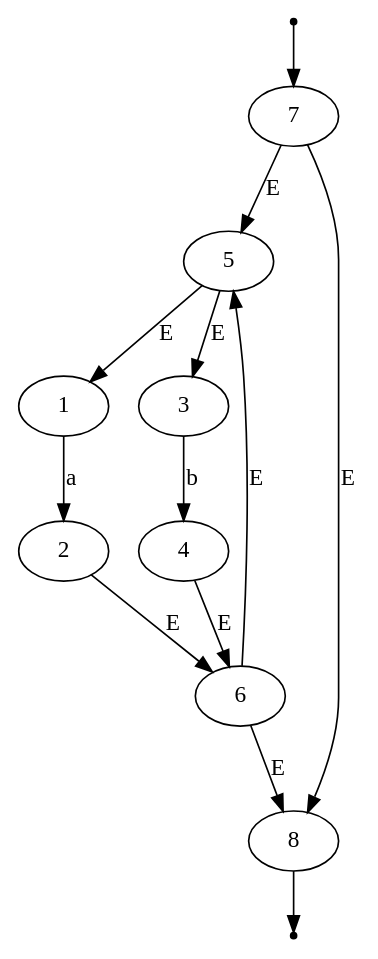
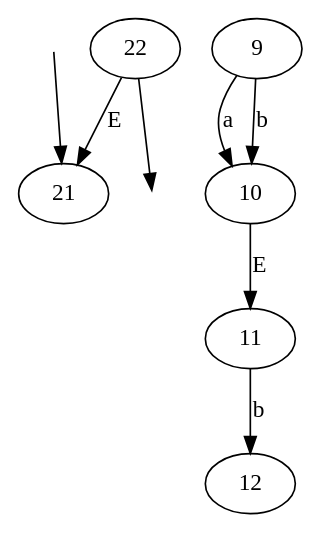
Before and after one commit to omarelhorre/automate: the diagram in automate_utilisateur.dot, drawn with Graphviz. The commit also changed 6 other files, not shown here.

```diff
--- a/automate_utilisateur.dot
+++ b/automate_utilisateur.dot
@@ -1,16 +1,11 @@
 digraph G {
-init [shape=point];
-fin [shape=point];
-init -> 7;
-1 -> 2 [label="a"];
-3 -> 4 [label="b"];
-5 -> 1 [label="E"];
-5 -> 3 [label="E"];
-2 -> 6 [label="E"];
-4 -> 6 [label="E"];
-7 -> 5 [label="E"];
-7 -> 8 [label="E"];
-6 -> 5 [label="E"];
-6 -> 8 [label="E"];
-8 -> fin;
+init [shape=point shape=point style=filled, fillcolor=white color=white];
+fin [shape=point shape=point style=filled, fillcolor=white color=white];
+init -> 21;
+9 -> 10 [label="a"];
+11 -> 12 [label="b"];
+10 -> 11 [label="E"];
+9 -> 10 [label="b"];
+22 -> 21 [label="E"];
+22 -> fin;
 }
```
